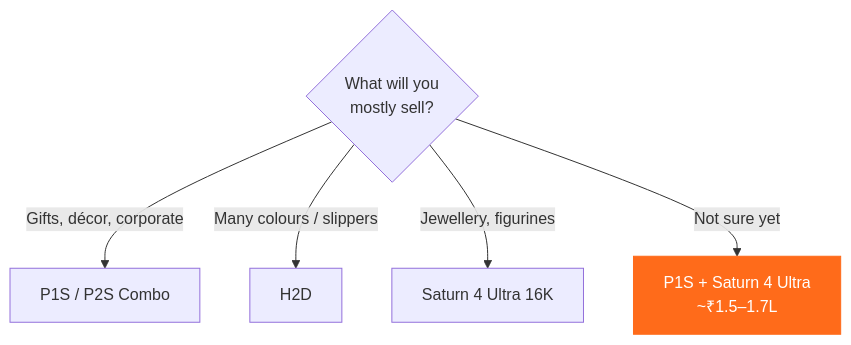
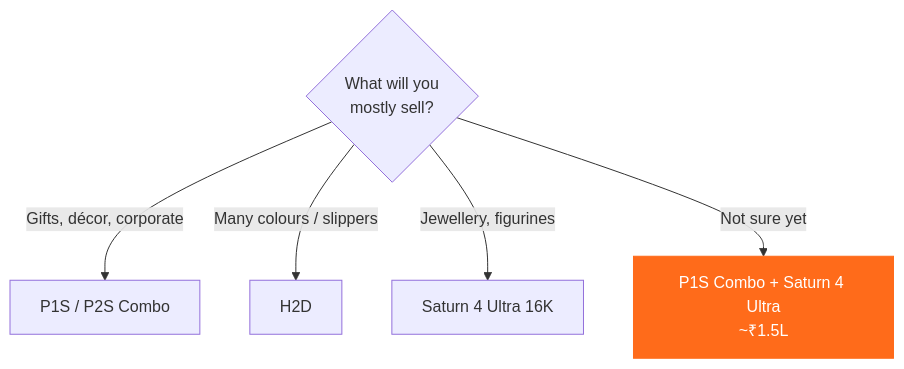
One commit to srikumar1987/3D changed the second of 2 diagrams in guide/07-printers-and-waste.md. Above: the diagram before and after it, drawn with Mermaid. The commit also changed other lines of this file and 14 other files, not shown here.

````diff
--- a/guide/07-printers-and-waste.md
+++ b/guide/07-printers-and-waste.md
@@ -55,8 +56,8 @@
 ```mermaid
 flowchart TD
     Q{What will you<br/>mostly sell?} -->|Gifts, décor, corporate| P[P1S / P2S Combo]
     Q -->|Many colours / slippers| H[H2D]
     Q -->|Jewellery, figurines| R[Saturn 4 Ultra 16K]
-    Q -->|Not sure yet| C[P1S + Saturn 4 Ultra<br/>~₹1.5–1.7L]
+    Q -->|Not sure yet| C[P1S Combo + Saturn 4 Ultra<br/>~₹1.5L]
     style C fill:#FF6B1A,stroke:#FF6B1A,color:#fff
 ```
````
